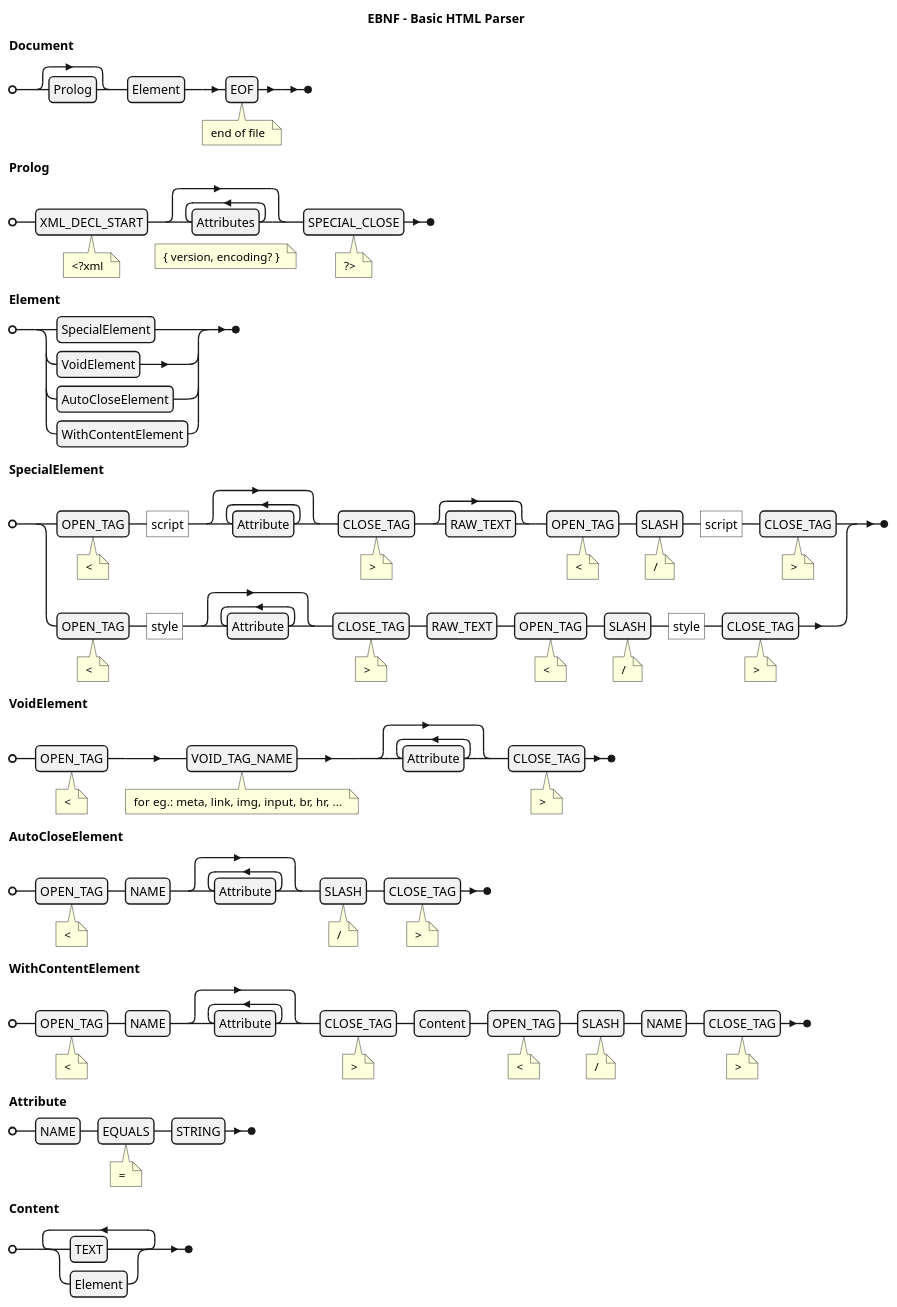
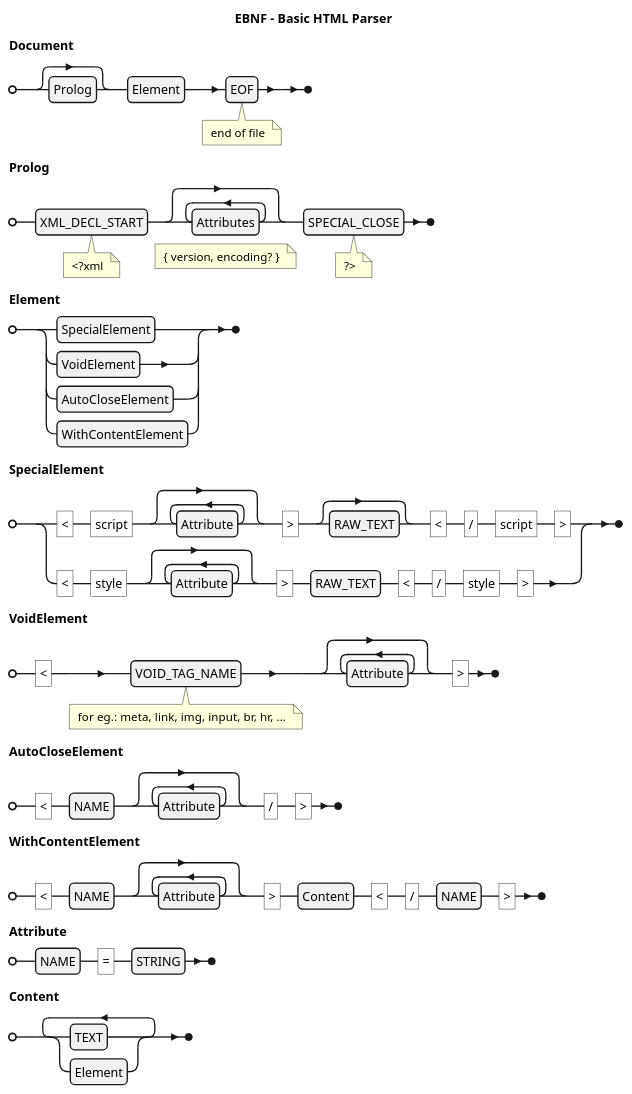
Before and after one commit to erkobridee/ds-ast: the diagram in implementations/ts-parser-xml/assets/plantuml/parser-html.plantuml, drawn with PlantUML. The commit also changed 4 other files, not shown here.

```diff
--- a/implementations/ts-parser-xml/assets/plantuml/parser-html.plantuml
+++ b/implementations/ts-parser-xml/assets/plantuml/parser-html.plantuml
@@ -1,43 +1,43 @@
 @startebnf
 title EBNF - Basic HTML Parser
 
 
 Document = [ Prolog ] , Element , EOF (* end of file *) ;
 
 Prolog = XML_DECL_START (* <?xml *) , { Attributes } (* { version, encoding? } *) , SPECIAL_CLOSE (* ?> *) ;
 
 
 Element = SpecialElement | VoidElement | AutoCloseElement | WithContentElement ;
 
 
 SpecialElement = (
-    OPEN_TAG (* < *) , "script" , { Attribute } , CLOSE_TAG (* > *) , [ RAW_TEXT ] , OPEN_TAG (* < *) , SLASH (* / *) , "script" , CLOSE_TAG (* > *) | 
-    OPEN_TAG (* < *) , "style" , { Attribute } , CLOSE_TAG (* > *) , RAW_TEXT , OPEN_TAG (* < *) , SLASH (* / *) , "style" , CLOSE_TAG (* > *)
+    "<" , "script" , { Attribute } , ">" , [ RAW_TEXT ] , "<" , "/" , "script" , ">" | 
+    "<" , "style" , { Attribute } , ">" , RAW_TEXT , "<" , "/" , "style" , ">"
   ) 
   ;
 
 VoidElement = (
-    OPEN_TAG (* < *) , VOID_TAG_NAME (* for eg.: meta, link, img, input, br, hr, ... *) , { Attribute } , CLOSE_TAG (* > *)
+    "<" , VOID_TAG_NAME (* for eg.: meta, link, img, input, br, hr, ... *) , { Attribute } , ">"
   )
   ;
 
 AutoCloseElement = (
-    OPEN_TAG (* < *) , NAME , { Attribute } , SLASH (* / *) , CLOSE_TAG (* > *)
+    "<" , NAME , { Attribute } , "/" , ">"
   )
   ;
 
 WithContentElement = (
-    OPEN_TAG (* < *) , NAME , { Attribute } , CLOSE_TAG (* > *) , Content , OPEN_TAG (* < *) , SLASH (* / *) , NAME , CLOSE_TAG (* > *)
+    "<" , NAME , { Attribute } , ">" , Content , "<" , "/" , NAME , ">"
   )
   ;
 
 
-Attribute = NAME , EQUALS (* = *) , STRING ;
+Attribute = NAME , "=" , STRING ;
 
 Content = { ( 
     TEXT |
     Element
   ) }-
   ;
 
 @endebnf
```
